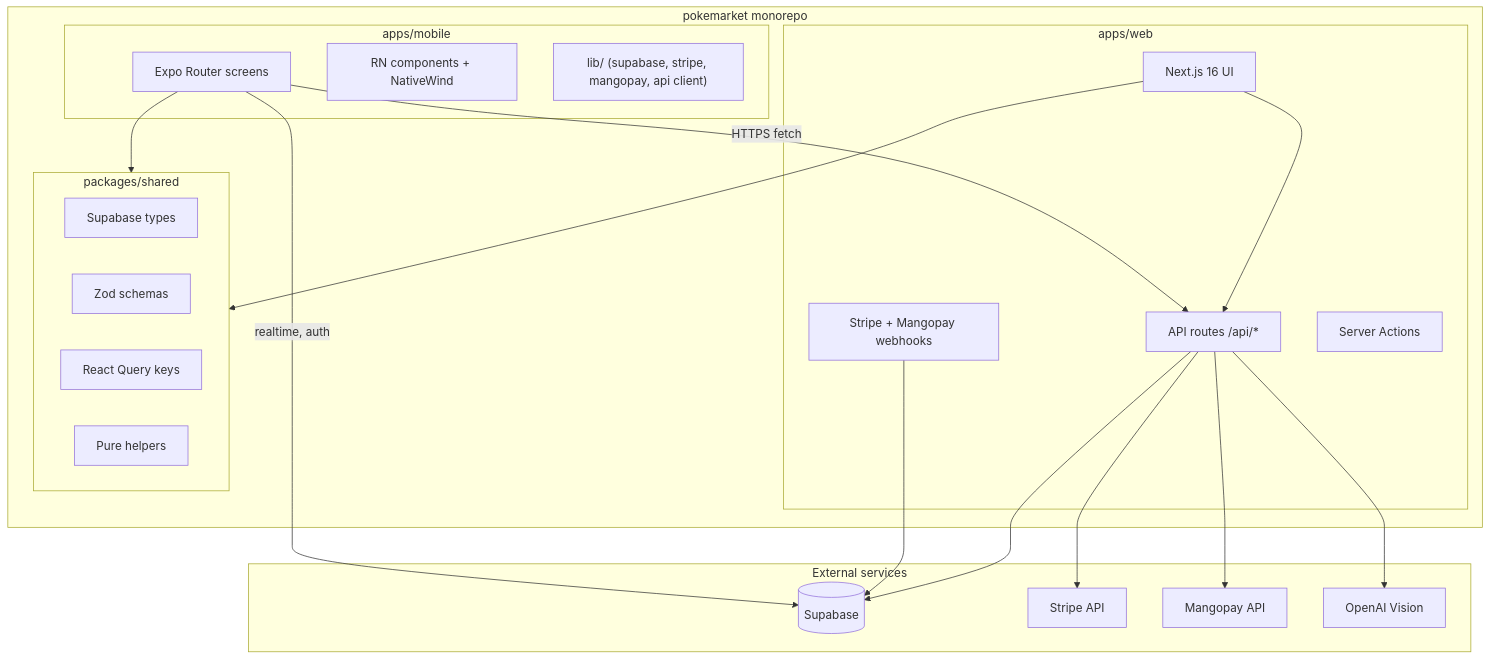
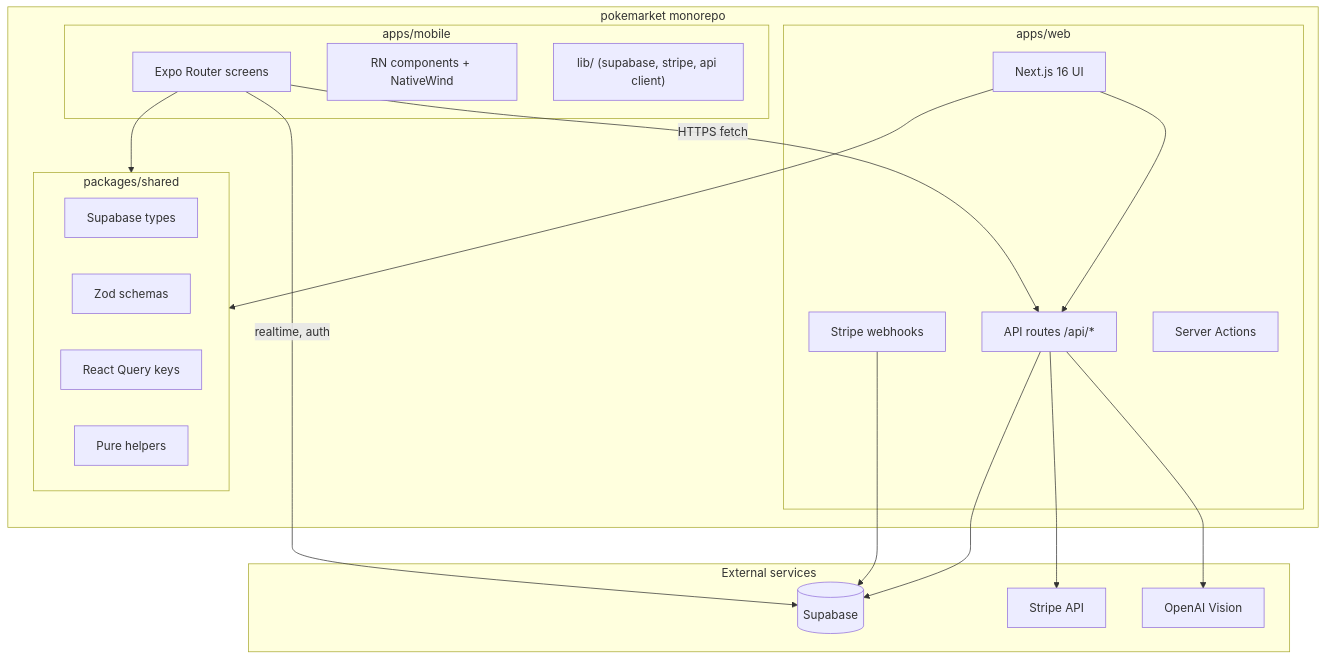
One commit to w63-owner/pokemarket changed the diagram in docs/REACT_NATIVE_PLAN.md. Above: the diagram before and after it, drawn with Mermaid. The commit also changed other lines of this file and 78 other files, not shown here.

First line of the commit message:
feat(payments): secure Stripe financial flows

````diff
--- a/docs/REACT_NATIVE_PLAN.md
+++ b/docs/REACT_NATIVE_PLAN.md
@@ -30,40 +30,38 @@
 ```mermaid
 flowchart TB
   subgraph monorepo [pokemarket monorepo]
     subgraph web [apps/web]
       WebUI[Next.js 16 UI]
       ApiRoutes["API routes /api/*"]
-      Webhooks["Stripe + Mangopay webhooks"]
+      Webhooks["Stripe webhooks"]
       Actions[Server Actions]
     end
     subgraph mobile [apps/mobile]
       ExpoRouter[Expo Router screens]
       RNComponents[RN components + NativeWind]
-      MobileLib["lib/ (supabase, stripe, mangopay, api client)"]
+      MobileLib["lib/ (supabase, stripe, api client)"]
     end
     subgraph shared [packages/shared]
       Types[Supabase types]
       Validations[Zod schemas]
       QueryKeys[React Query keys]
       Helpers[Pure helpers]
     end
   end
 
   subgraph external [External services]
     Supabase[(Supabase)]
     Stripe[Stripe API]
-    Mangopay[Mangopay API]
     OpenAI[OpenAI Vision]
   end
 
   WebUI --> shared
   ExpoRouter --> shared
   WebUI --> ApiRoutes
   ExpoRouter -->|HTTPS fetch| ApiRoutes
   ApiRoutes --> Supabase
   ApiRoutes --> Stripe
-  ApiRoutes --> Mangopay
   ApiRoutes --> OpenAI
   Webhooks --> Supabase
   ExpoRouter -->|"realtime, auth"| Supabase
 ```
````
